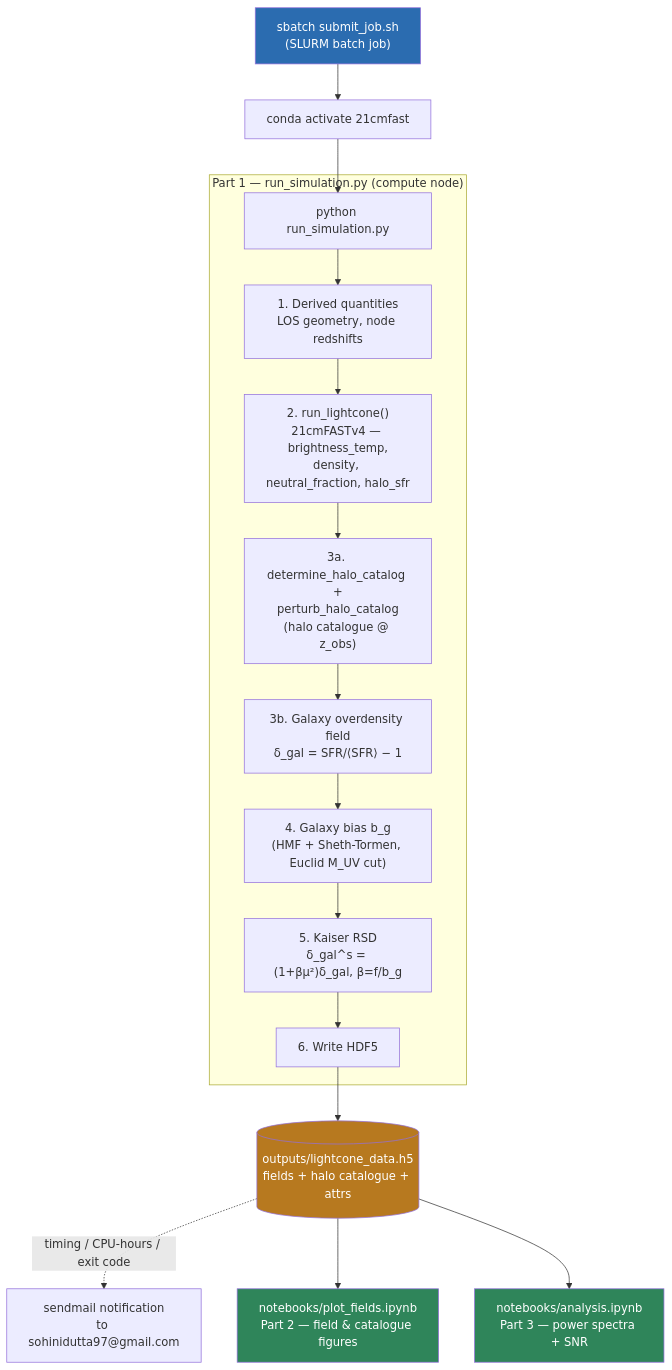
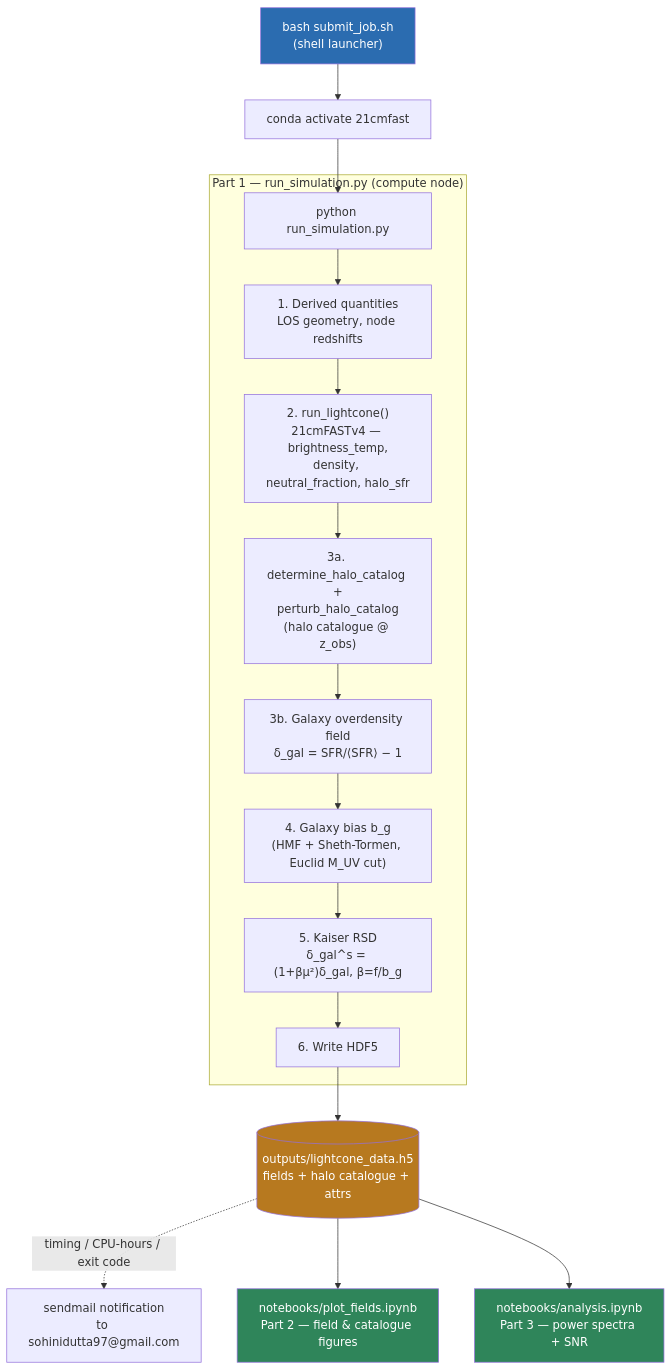
Before and after one commit to sohinixcvii/21cm_cross_correlation: the diagram in PIPELINE.md, drawn with Mermaid. The commit also changed other lines of this file and 5 other files, not shown here.

````diff
--- a/PIPELINE.md
+++ b/PIPELINE.md
@@ -10,26 +10,26 @@
 ```mermaid
 flowchart TD
-    A["sbatch submit_job.sh\n(SLURM batch job)"] --> B["conda activate 21cmfast"]
+    A["bash submit_job.sh\n(shell launcher)"] --> B["conda activate 21cmfast"]
     B --> C["python run_simulation.py"]
 
     subgraph P1["Part 1 — run_simulation.py (compute node)"]
         C --> D["1. Derived quantities\nLOS geometry, node redshifts"]
         D --> E["2. run_lightcone()\n21cmFASTv4 — brightness_temp,\ndensity, neutral_fraction, halo_sfr"]
         E --> F["3a. determine_halo_catalog +\nperturb_halo_catalog\n(halo catalogue @ z_obs)"]
         F --> G["3b. Galaxy overdensity field\nδ_gal = SFR/⟨SFR⟩ − 1"]
         G --> H["4. Galaxy bias b_g\n(HMF + Sheth-Tormen, Euclid M_UV cut)"]
         H --> I["5. Kaiser RSD\nδ_gal^s = (1+βμ²)δ_gal, β=f/b_g"]
         I --> J["6. Write HDF5"]
     end
 
     J --> K[("outputs/lightcone_data.h5\nfields + halo catalogue + attrs")]
     K -.timing / CPU-hours / exit code.-> L["sendmail notification\nto sohinidutta97@gmail.com"]
 
     K --> M["notebooks/plot_fields.ipynb\nPart 2 — field & catalogue figures"]
     K --> N["notebooks/analysis.ipynb\nPart 3 — power spectra + SNR"]
 
     style A fill:#2b6cb0,color:#fff
     style K fill:#b7791f,color:#fff
     style M fill:#2f855a,color:#fff
     style N fill:#2f855a,color:#fff
 ```
````
